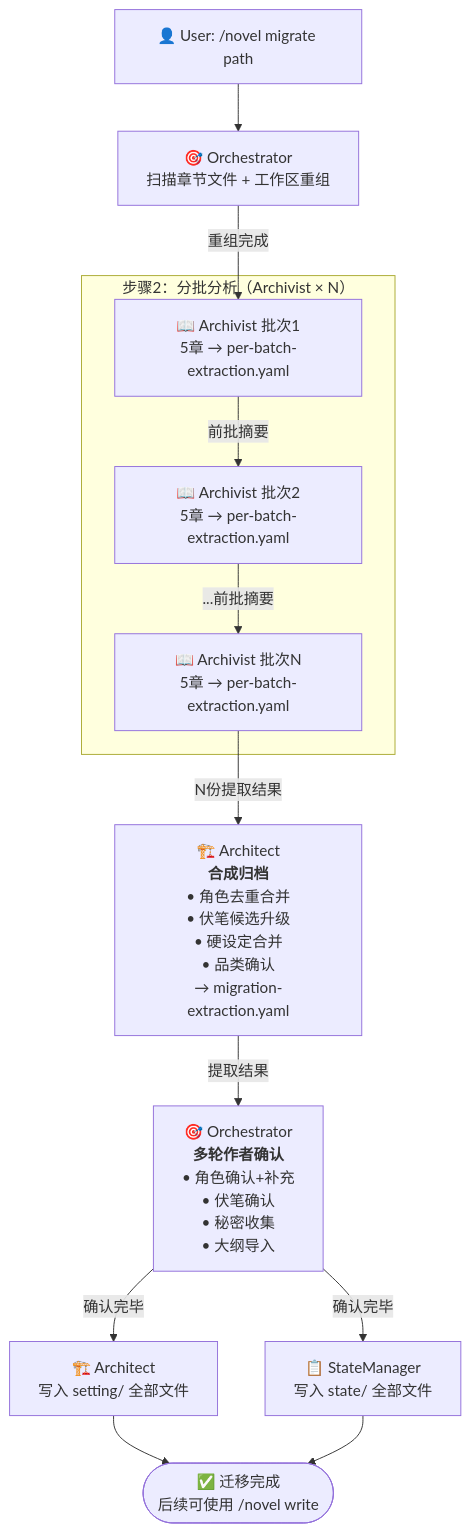
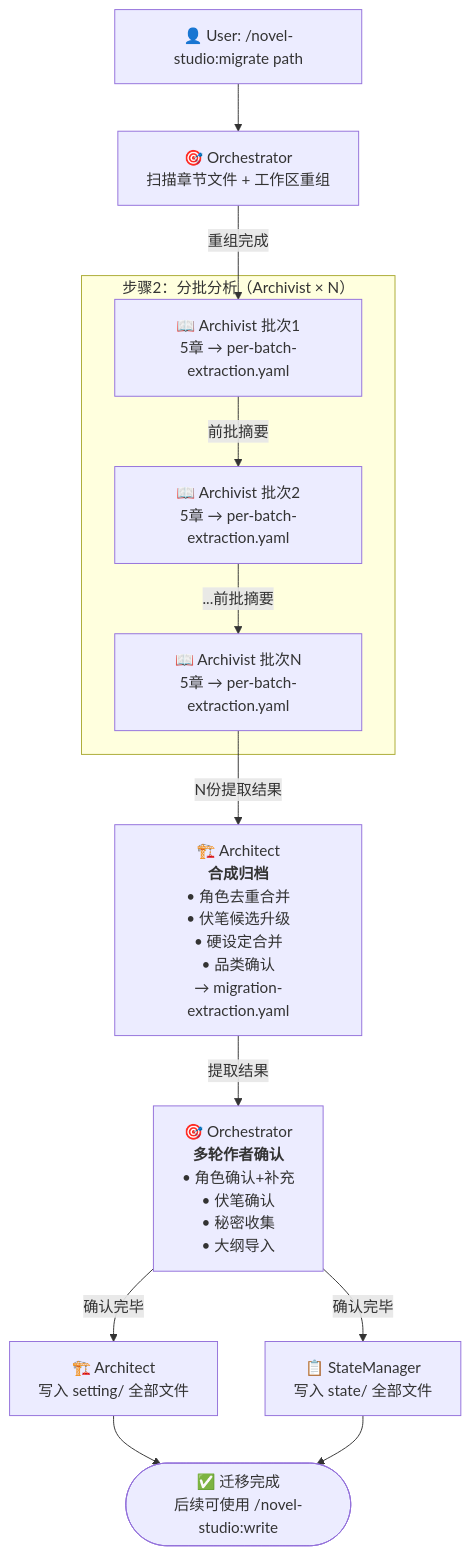
Before and after one commit to deathwhispers/novel-studio: the sixth of 6 diagrams in workflows/pipeline.md, drawn with Mermaid. The commit also changed other lines of this file and 24 other files, not shown here.

````diff
--- a/workflows/pipeline.md
+++ b/workflows/pipeline.md
@@ -154,27 +154,27 @@
 ```mermaid
 flowchart TD
-    User["👤 User: /novel migrate path"]
+    User["👤 User: /novel-studio:migrate path"]
     Orchestrator["🎯 Orchestrator<br/>扫描章节文件 + 工作区重组"]
 
     User --> Orchestrator
 
     subgraph BatchAnalysis["步骤2：分批分析（Archivist × N）"]
         Archivist1["📖 Archivist 批次1<br/>5章 → per-batch-extraction.yaml"]
         Archivist2["📖 Archivist 批次2<br/>5章 → per-batch-extraction.yaml"]
         ArchivistN["📖 Archivist 批次N<br/>5章 → per-batch-extraction.yaml"]
     end
 
     Orchestrator -->|"重组完成"| Archivist1
     Archivist1 -->|"前批摘要"| Archivist2
     Archivist2 -->|"...前批摘要"| ArchivistN
 
     ArchivistN -->|"N份提取结果"| Architect["🏗️ Architect<br/><b>合成归档</b><br/>• 角色去重合并<br/>• 伏笔候选升级<br/>• 硬设定合并<br/>• 品类确认<br/>→ migration-extraction.yaml"]
 
     Architect -->|"提取结果"| OrchestratorConfirm["🎯 Orchestrator<br/><b>多轮作者确认</b><br/>• 角色确认+补充<br/>• 伏笔确认<br/>• 秘密收集<br/>• 大纲导入"]
 
     OrchestratorConfirm -->|"确认完毕"| ArchGen["🏗️ Architect<br/>写入 setting/ 全部文件"]
     OrchestratorConfirm -->|"确认完毕"| StateGen["📋 StateManager<br/>写入 state/ 全部文件"]
 
-    ArchGen --> Done(["✅ 迁移完成<br/>后续可使用 /novel write"])
+    ArchGen --> Done(["✅ 迁移完成<br/>后续可使用 /novel-studio:write"])
     StateGen --> Done
 ```
````
